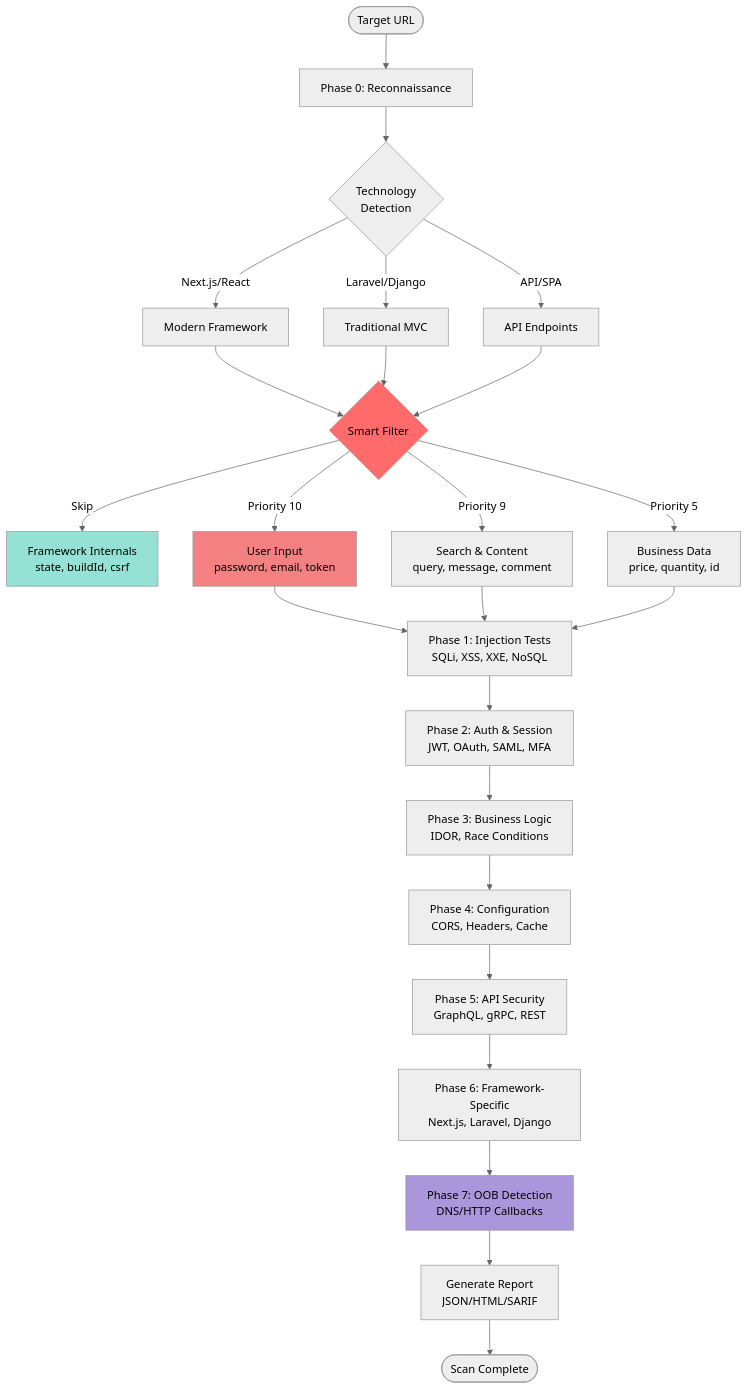
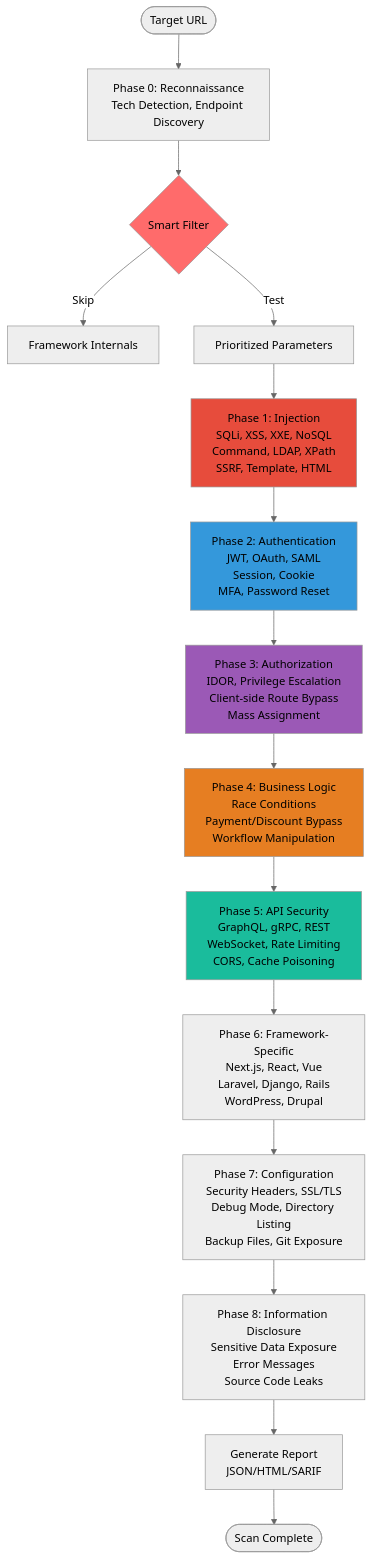
Before and after one commit to bountyyfi/lonkero: the first of 3 diagrams in README.md, drawn with Mermaid (neutral theme). The commit also changed other lines of this file, not shown here.

````diff
--- a/README.md
+++ b/README.md
@@ -96,37 +70,35 @@
 ```mermaid
 graph TB
-    Start([Target URL]) --> Recon[Phase 0: Reconnaissance]
+    Start([Target URL]) --> Recon[Phase 0: Reconnaissance<br/>Tech Detection, Endpoint Discovery]
 
-    Recon --> Tech{Technology<br/>Detection}
-    Tech -->|Next.js/React| Modern[Modern Framework]
-    Tech -->|Laravel/Django| Traditional[Traditional MVC]
-    Tech -->|API/SPA| API[API Endpoints]
+    Recon --> Filter{Smart Filter}
+    Filter -->|Skip| Skip[Framework Internals]
+    Filter -->|Test| Priority[Prioritized Parameters]
 
-    Modern --> Filter
-    Traditional --> Filter
-    API --> Filter
+    Priority --> Injection[Phase 1: Injection<br/>SQLi, XSS, XXE, NoSQL<br/>Command, LDAP, XPath<br/>SSRF, Template, HTML]
 
-    Filter{Smart Filter} -->|Skip| Skip[Framework Internals<br/>state, buildId, csrf]
-    Filter -->|Priority 10| P10[User Input<br/>password, email, token]
-    Filter -->|Priority 9| P9[Search & Content<br/>query, message, comment]
-    Filter -->|Priority 5| P5[Business Data<br/>price, quantity, id]
+    Injection --> Auth[Phase 2: Authentication<br/>JWT, OAuth, SAML<br/>Session, Cookie<br/>MFA, Password Reset]
 
-    P10 --> Phase1[Phase 1: Injection Tests<br/>SQLi, XSS, XXE, NoSQL]
-    P9 --> Phase1
-    P5 --> Phase1
+    Auth --> AuthZ[Phase 3: Authorization<br/>IDOR, Privilege Escalation<br/>Client-side Route Bypass<br/>Mass Assignment]
 
-    Phase1 --> Phase2[Phase 2: Auth & Session<br/>JWT, OAuth, SAML, MFA]
-    Phase2 --> Phase3[Phase 3: Business Logic<br/>IDOR, Race Conditions]
-    Phase3 --> Phase4[Phase 4: Configuration<br/>CORS, Headers, Cache]
-    Phase4 --> Phase5[Phase 5: API Security<br/>GraphQL, gRPC, REST]
-    Phase5 --> Phase6[Phase 6: Framework-Specific<br/>Next.js, Laravel, Django]
-    Phase6 --> Phase7[Phase 7: OOB Detection<br/>DNS/HTTP Callbacks]
-    Phase7 --> Report[Generate Report<br/>JSON/HTML/SARIF]
+    AuthZ --> Logic[Phase 4: Business Logic<br/>Race Conditions<br/>Payment/Discount Bypass<br/>Workflow Manipulation]
+
+    Logic --> API[Phase 5: API Security<br/>GraphQL, gRPC, REST<br/>WebSocket, Rate Limiting<br/>CORS, Cache Poisoning]
+
+    API --> Framework[Phase 6: Framework-Specific<br/>Next.js, React, Vue<br/>Laravel, Django, Rails<br/>WordPress, Drupal]
+
+    Framework --> Config[Phase 7: Configuration<br/>Security Headers, SSL/TLS<br/>Debug Mode, Directory Listing<br/>Backup Files, Git Exposure]
+
+    Config --> Info[Phase 8: Information Disclosure<br/>Sensitive Data Exposure<br/>Error Messages<br/>Source Code Leaks]
+
+    Info --> Report[Generate Report<br/>JSON/HTML/SARIF]
 
     Report --> End([Scan Complete])
 
     style Filter fill:#ff6b6b
-    style Skip fill:#95e1d3
-    style P10 fill:#f38181
-    style Phase7 fill:#aa96da
+    style Injection fill:#e74c3c
+    style Auth fill:#3498db
+    style AuthZ fill:#9b59b6
+    style Logic fill:#e67e22
+    style API fill:#1abc9c
 ```
````
